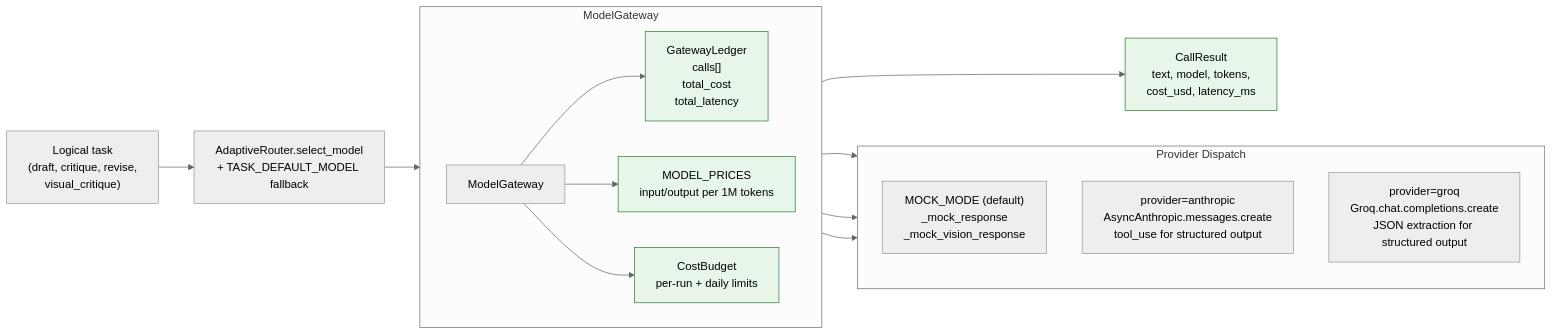
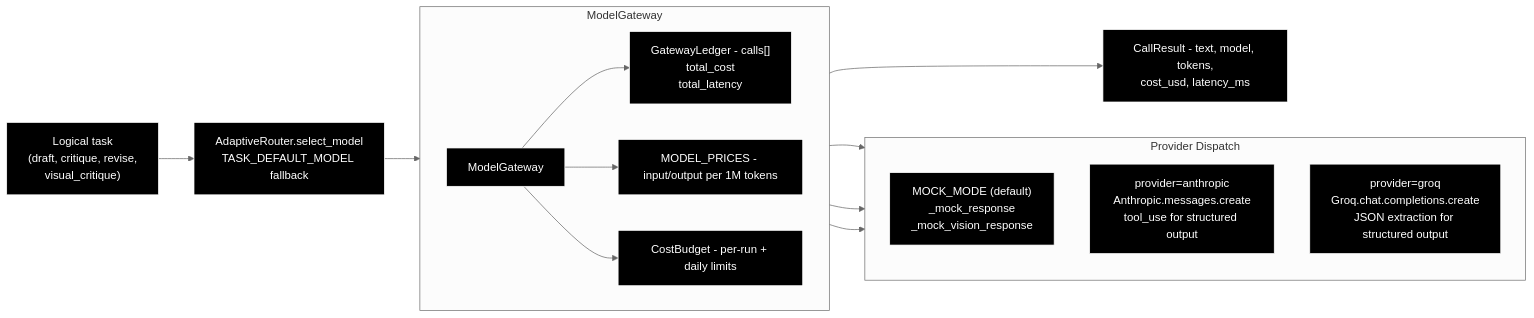
The eighth of 16 diagrams in docs/TECHNICAL_DIAGRAMS.md (Hasan26ozcan/Script-Supervisor), drawn with Mermaid (neutral theme) before and after one commit. The commit also changed other lines of this file and 1 other file, not shown here.

Commit message:
update technical diagram

````diff
--- a/docs/TECHNICAL_DIAGRAMS.md
+++ b/docs/TECHNICAL_DIAGRAMS.md
@@ -472,33 +454,32 @@
 ```mermaid
 graph LR
-    TASK["Logical task<br/>(draft, critique, revise,<br/>visual_critique)"] --> MODE_SELECT["AdaptiveRouter.select_model<br/>+ TASK_DEFAULT_MODEL fallback"]
+    TASK["Logical task<br/>(draft, critique, revise,<br/>visual_critique)"] --> MODE_SELECT["AdaptiveRouter.select_model<br/>TASK_DEFAULT_MODEL fallback"]
 
     MODE_SELECT --> GW["ModelGateway"]
 
     subgraph Gateway["ModelGateway"]
         direction LR
-        LEDGER["GatewayLedger<br/>calls[]<br/>total_cost<br/>total_latency"]
-        PRICES["MODEL_PRICES<br/>input/output per 1M tokens"]
-        BUDGET["CostBudget<br/>per-run + daily limits"]
+        LEDGER["GatewayLedger - calls[]<br/>total_cost<br/>total_latency"]
+        PRICES["MODEL_PRICES - input/output per 1M tokens"]
+        BUDGET["CostBudget - per-run + daily limits"]
 
         GW --> LEDGER
         GW --> PRICES
         GW --> BUDGET
     end
 
     subgraph Provider["Provider Dispatch"]
         direction TB
         MOCK["MOCK_MODE (default)<br/>_mock_response<br/>_mock_vision_response"]
-        ANTHROPIC["provider=anthropic<br/>AsyncAnthropic.messages.create<br/>tool_use for structured output"]
+        ANTHROPIC["provider=anthropic<br/>Anthropic.messages.create<br/>tool_use for structured output"]
         GROQ["provider=groq<br/>Groq.chat.completions.create<br/>JSON extraction for structured output"]
     end
 
     GW --> MOCK
     GW --> ANTHROPIC
     GW --> GROQ
 
-    LEDGER --> RECORD["CallResult<br/>text, model, tokens,<br/>cost_usd, latency_ms"]
+    LEDGER --> RECORD["CallResult - text, model, tokens,<br/>cost_usd, latency_ms"]
 
-    classDef infra fill:#e8f5e9,stroke:#2e7d32,stroke-width:1px;
-    class LEDGER,PRICES,BUDGET,RECORD infra;
+    classDef default fill:#000000,stroke:#ffffff,stroke-width:1px,color:#ffffff
 ```
````
